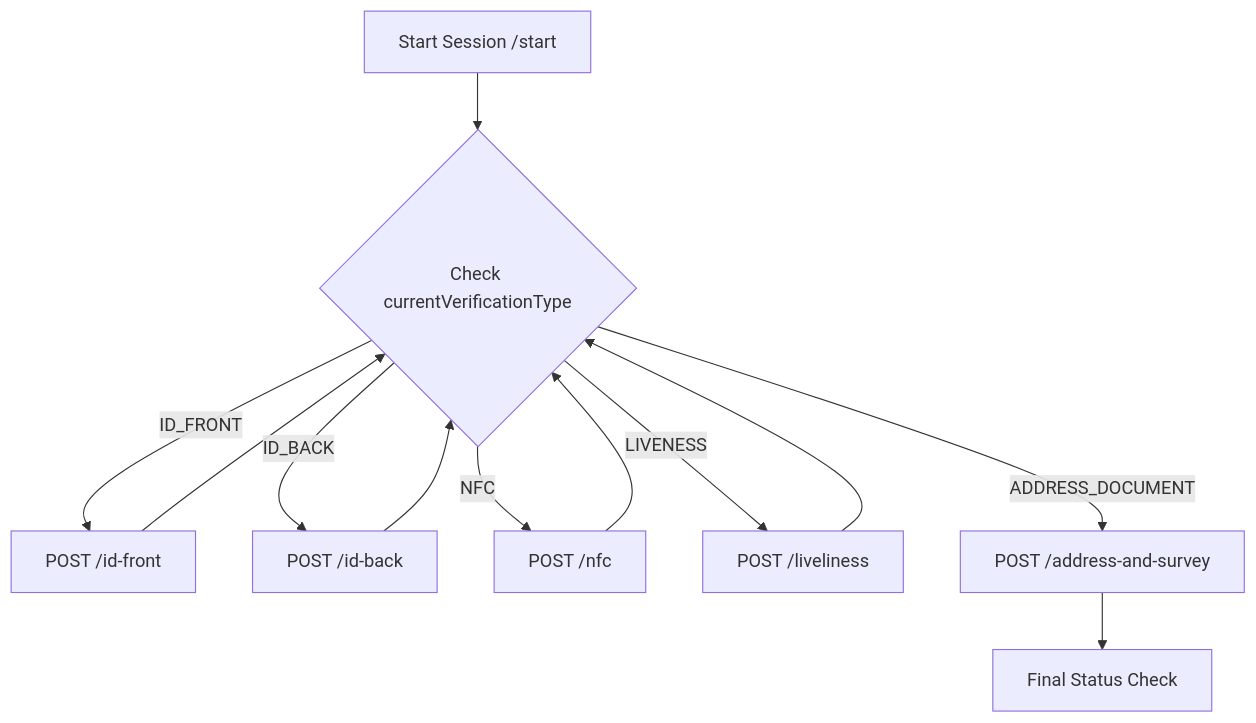
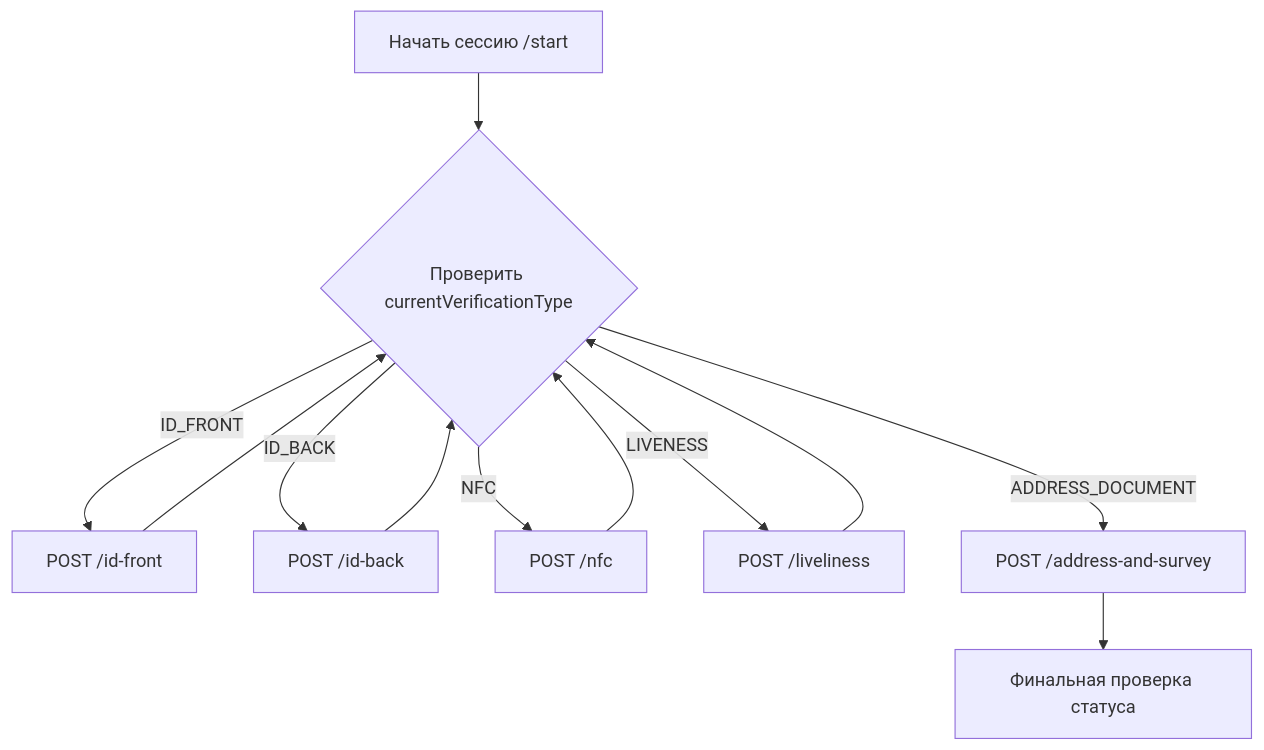
Before and after one commit to commitup/api-doc-v2: the diagram in i18n/ru/docusaurus-plugin-content-docs/current/whitelabel-wallet/kyc-digital.md, drawn with Mermaid. The commit also changed other lines of this file and 40 other files, not shown here.

````diff
--- a/i18n/ru/docusaurus-plugin-content-docs/current/whitelabel-wallet/kyc-digital.md
+++ b/i18n/ru/docusaurus-plugin-content-docs/current/whitelabel-wallet/kyc-digital.md
@@ -20,14 +20,14 @@
 ```mermaid
 graph TD
-    A[Start Session /start] --> B{Check currentVerificationType}
+    A[Начать сессию /start] --> B{Проверить currentVerificationType}
     B -- ID_FRONT --> C[POST /id-front]
     C --> B
     B -- ID_BACK --> D[POST /id-back]
     D --> B
     B -- NFC --> E[POST /nfc]
     E --> B
     B -- LIVENESS --> F[POST /liveliness]
     F --> B
     B -- ADDRESS_DOCUMENT --> G[POST /address-and-survey]
-    G --> H[Final Status Check]
+    G --> H[Финальная проверка статуса]
 ```
````
